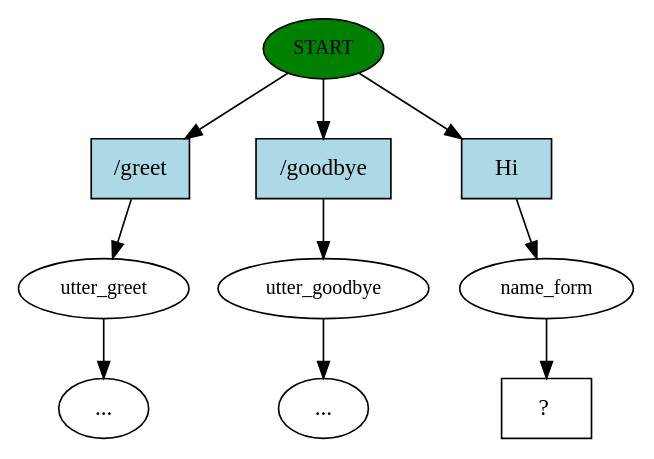
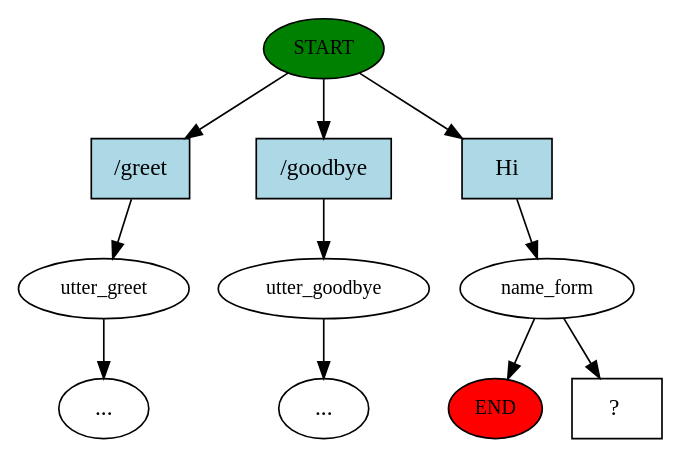
The diagram in story_graph.dot (jwheat/rasa-chat), drawn with Graphviz before and after one commit. The commit also changed 4 other files, not shown here.

```diff
--- a/story_graph.dot
+++ b/story_graph.dot
@@ -1,21 +1,23 @@
 digraph  {
 0 [class="start active", fillcolor=green, fontsize=12, label=START, style=filled];
+"-1" [class=end, fillcolor=red, fontsize=12, label=END, style=filled];
 1 [class="", fontsize=12, label=utter_greet];
+"-5" [class=ellipsis, label="..."];
 4 [class="", fontsize=12, label=utter_goodbye];
 "-6" [class=ellipsis, label="..."];
-"-7" [class=ellipsis, label="..."];
-6 [class=active, fontsize=12, label=name_form];
+5 [class=active, fontsize=12, label=name_form];
 7 [class="intent dashed active", label="  ?  ", shape=rect];
 8 [class=intent, fillcolor=lightblue, label="\/greet", shape=rect, style=filled];
 9 [class=intent, fillcolor=lightblue, label="\/goodbye", shape=rect, style=filled];
 10 [class="intent active", fillcolor=lightblue, label=Hi, shape=rect, style=filled];
 0 -> 8  [class="", key=0];
 0 -> 9  [class="", key=0];
 0 -> 10  [class=active, key=0];
-1 -> "-7"  [class="", key=NONE, label=""];
+1 -> "-5"  [class="", key=NONE, label=""];
 4 -> "-6"  [class="", key=NONE, label=""];
-6 -> 7  [class=active, key=NONE, label=""];
+5 -> "-1"  [class="", key=NONE, label=""];
+5 -> 7  [class=active, key=NONE, label=""];
 8 -> 1  [class="", key=0];
 9 -> 4  [class="", key=0];
-10 -> 6  [class=active, key=0];
+10 -> 5  [class=active, key=0];
 }
```
